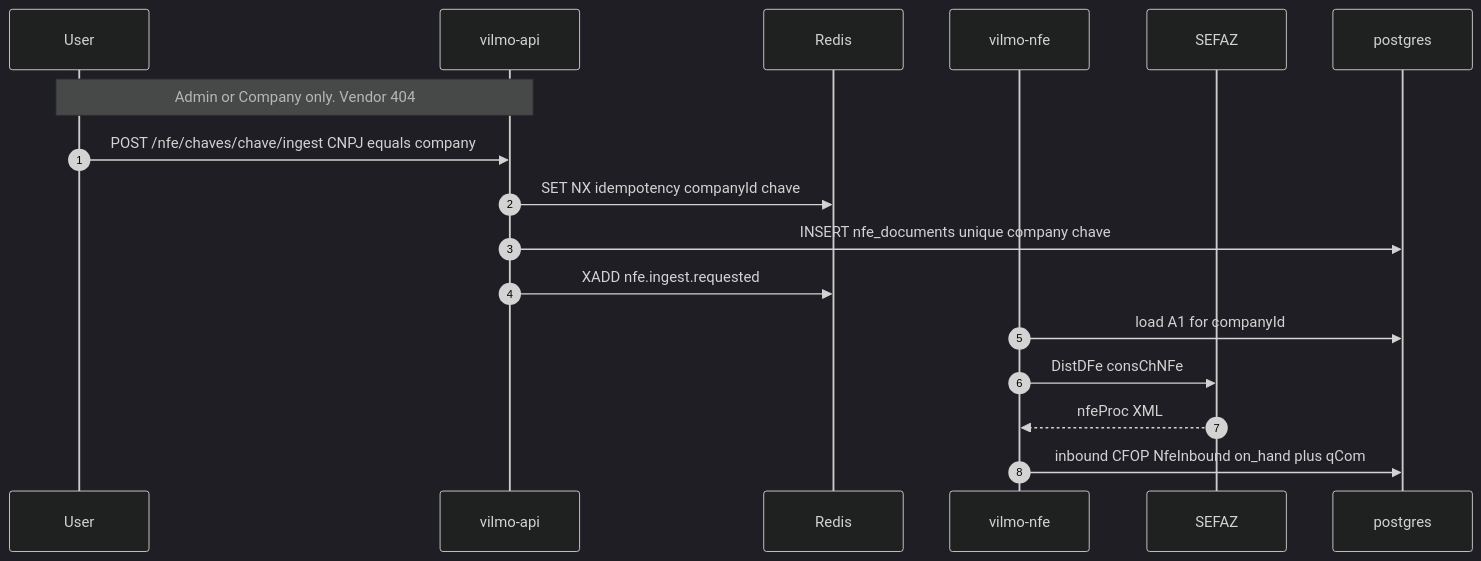
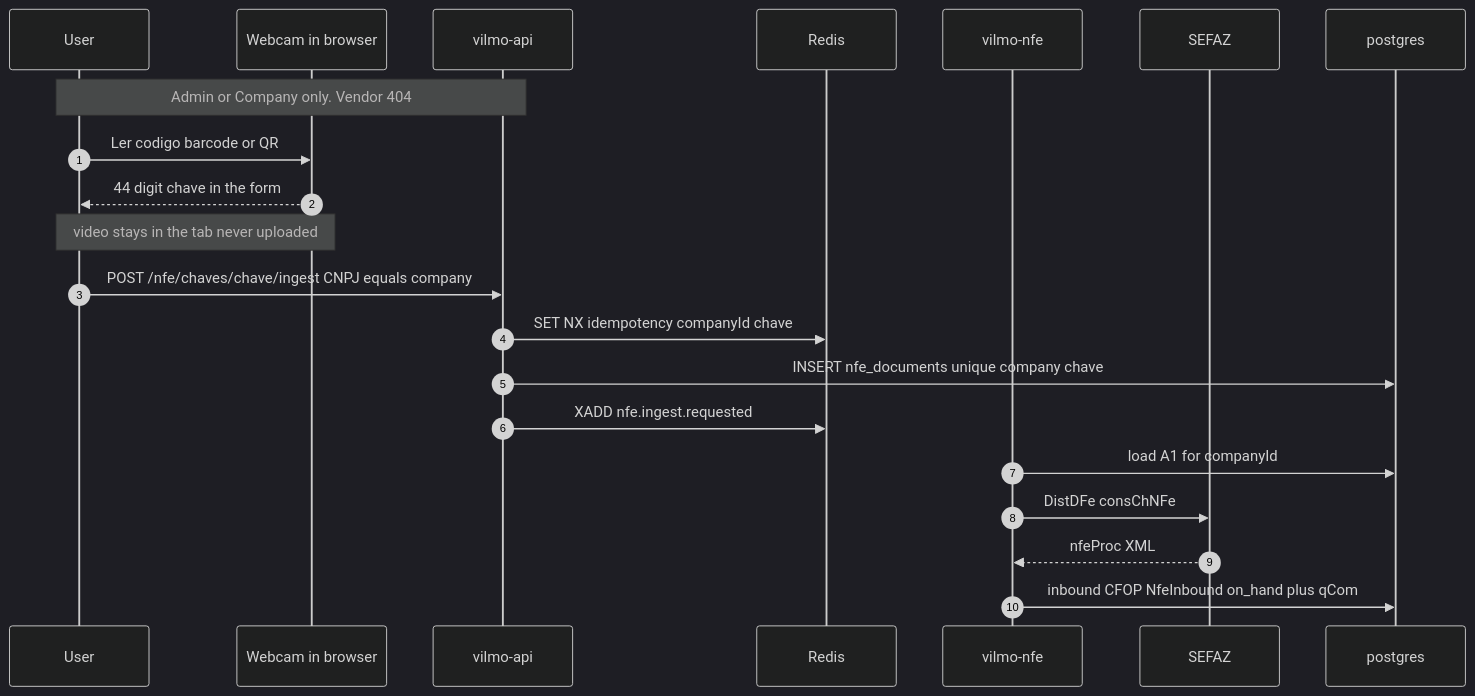
One commit to andrevilmo/VilmoMarketingEngine changed the diagram in MD/architecture/arch_06_seq_nfe_ingest.mmd. Above: the diagram before and after it, drawn with Mermaid (dark theme). The commit also changed 7 other files, not shown here.

First line of the commit message:
docs: plan webcam barcode/QR scan for NF-e chave (US-14)

```diff
--- a/MD/architecture/arch_06_seq_nfe_ingest.mmd
+++ b/MD/architecture/arch_06_seq_nfe_ingest.mmd
@@ -1,18 +1,22 @@
 sequenceDiagram
   autonumber
   participant User
+  participant Cam as Webcam in browser
   participant Api as vilmo-api
   participant Redis
   participant Nfe as vilmo-nfe
   participant Sefaz as SEFAZ
   participant Pg as postgres
 
   Note over User,Api: Admin or Company only. Vendor 404
+  User->>Cam: Ler codigo barcode or QR
+  Cam-->>User: 44 digit chave in the form
+  Note over Cam,User: video stays in the tab never uploaded
   User->>Api: POST /nfe/chaves/chave/ingest CNPJ equals company
   Api->>Redis: SET NX idempotency companyId chave
   Api->>Pg: INSERT nfe_documents unique company chave
   Api->>Redis: XADD nfe.ingest.requested
   Nfe->>Pg: load A1 for companyId
   Nfe->>Sefaz: DistDFe consChNFe
   Sefaz-->>Nfe: nfeProc XML
   Nfe->>Pg: inbound CFOP NfeInbound on_hand plus qCom
```
